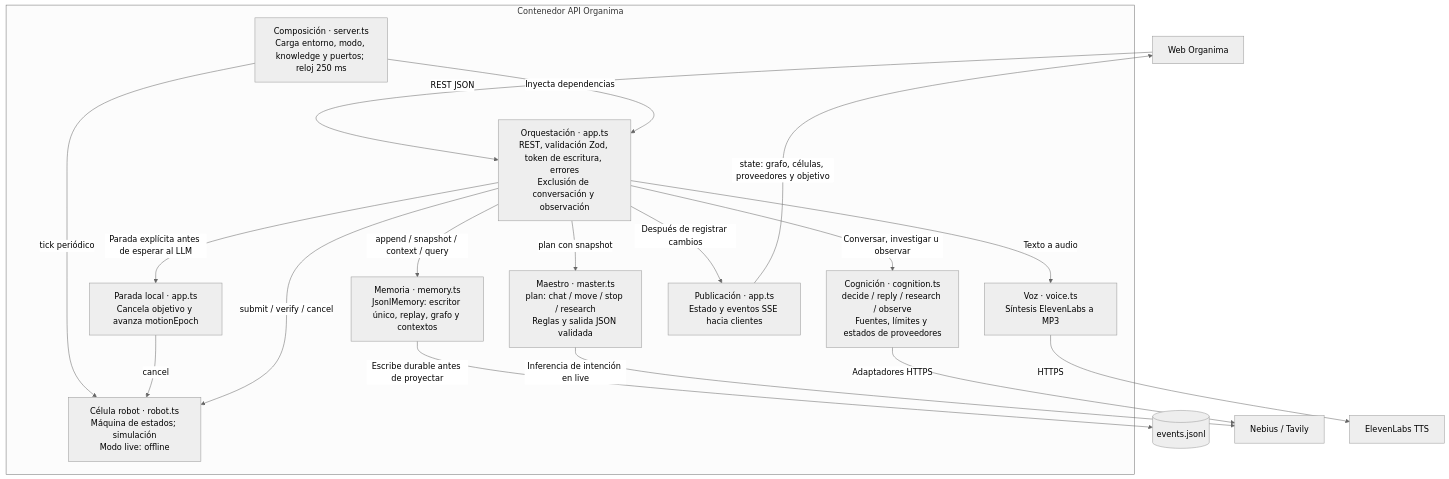
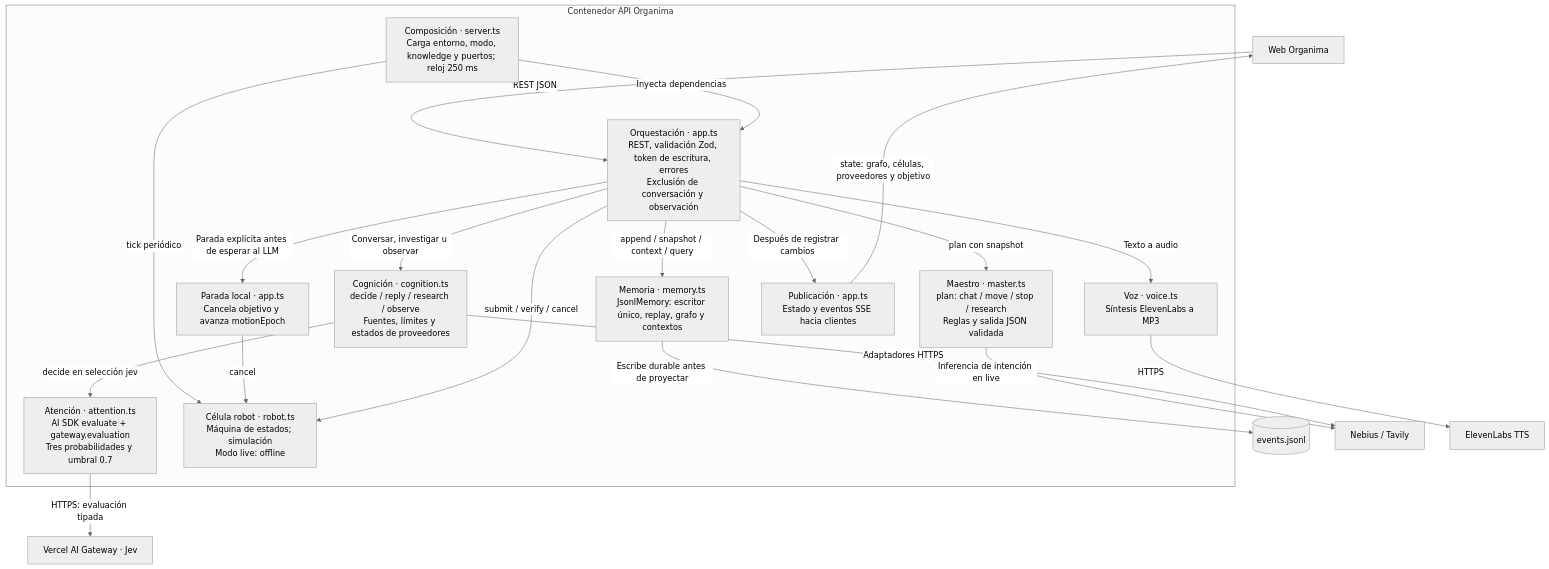
Before and after one commit to abraxacreativelab-cell/Organima: the sixth of 11 diagrams in docs/ARCHITECTURE-C4.md, drawn with Mermaid (neutral theme). The commit also changed other lines of this file and 39 other files, not shown here.

Commit message:
feat: integrate Jev attention gateway and audit C4 system views

````diff
--- a/docs/ARCHITECTURE-C4.md
+++ b/docs/ARCHITECTURE-C4.md
@@ -161,47 +232,51 @@
 ```mermaid
 flowchart TB
   WEB["Web Organima"]
   subgraph API["Contenedor API Organima"]
     BOOT["Composición · server.ts
 Carga entorno, modo, knowledge y puertos; reloj 250 ms"]
     ROUTE["Orquestación · app.ts
 REST, validación Zod, token de escritura, errores
 Exclusión de conversación y observación"]
     STOP["Parada local · app.ts
 Cancela objetivo y avanza motionEpoch"]
     MASTER["Maestro · master.ts
 plan: chat / move / stop / research
 Reglas y salida JSON validada"]
     COG["Cognición · cognition.ts
 decide / reply / research / observe
 Fuentes, límites y estados de proveedores"]
+    AT["Atención · attention.ts\nAI SDK evaluate + gateway.evaluation\nTres probabilidades y umbral 0.7"]
     MEM["Memoria · memory.ts
 JsonlMemory: escritor único, replay, grafo y contextos"]
     ROB["Célula robot · robot.ts
 Máquina de estados; simulación
 Modo live: offline"]
     VO["Voz · voice.ts
 Síntesis ElevenLabs a MP3"]
     SSE["Publicación · app.ts
 Estado y eventos SSE hacia clientes"]
   end
   JOURNAL[("events.jsonl")]
   EXT["Nebius / Tavily"]
+  JV["Vercel AI Gateway · Jev"]
   EL["ElevenLabs TTS"]
   WEB -->|"REST JSON"| ROUTE
   BOOT -->|"Inyecta dependencias"| ROUTE
   BOOT -->|"tick periódico"| ROB
   ROUTE -->|"Parada explícita antes de esperar al LLM"| STOP
   STOP -->|"cancel"| ROB
   ROUTE -->|"plan con snapshot"| MASTER
   MASTER -->|"Inferencia de intención en live"| EXT
   ROUTE -->|"Conversar, investigar u observar"| COG
+  COG -->|"decide en selección jev"| AT
+  AT -->|"HTTPS: evaluación tipada"| JV
   COG -->|"Adaptadores HTTPS"| EXT
   ROUTE -->|"append / snapshot / context / query"| MEM
   MEM -->|"Escribe durable antes de proyectar"| JOURNAL
   ROUTE -->|"submit / verify / cancel"| ROB
   ROUTE -->|"Texto a audio"| VO
   VO -->|"HTTPS"| EL
   ROUTE -->|"Después de registrar cambios"| SSE
   SSE -->|"state: grafo, células, proveedores y objetivo"| WEB
 ```
````
